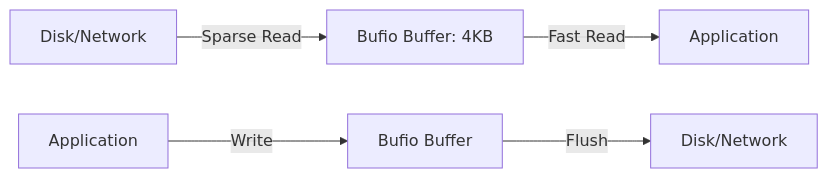
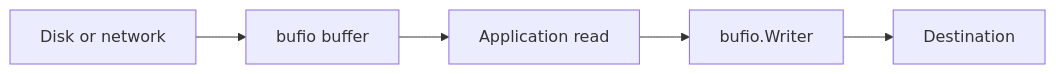
Before and after one commit to syahputrawork98-sketch/Golang-Knowledge-Base: the diagram in RAK-05-standard-library/SR-02-io-filesystem/BK-01-io-abstractions/CH-02_Bufio/README.md, drawn with Mermaid. The commit also changed other lines of this file and 44 other files, not shown here.

````diff
--- a/RAK-05-standard-library/SR-02-io-filesystem/BK-01-io-abstractions/CH-02_Bufio/README.md
+++ b/RAK-05-standard-library/SR-02-io-filesystem/BK-01-io-abstractions/CH-02_Bufio/README.md
@@ -27,9 +35,7 @@
 ```mermaid
 graph LR
-
-    D[Disk/Network] -->|Sparse Read| B[Bufio Buffer: 4KB]
-    B -->|Fast Read| A[Application]
-    
-    A2[Application] -->|Write| B2[Bufio Buffer]
-    B2 -->|Flush| D2[Disk/Network]
+    Source[Disk or network] --> Buffer[bufio buffer]
+    Buffer --> App[Application read]
+    App --> WriterBuf[bufio.Writer]
+    WriterBuf --> Dest[Destination]
 ```
````
